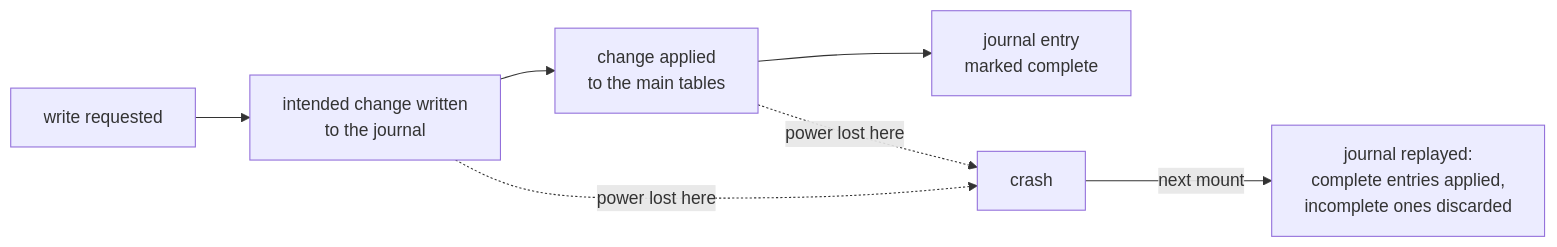
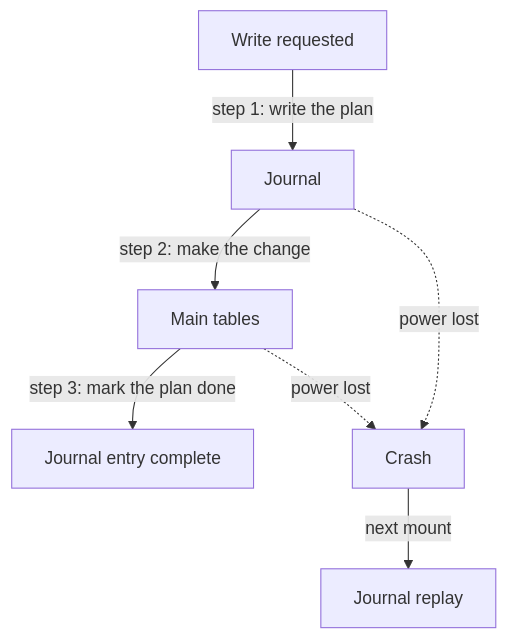
One commit to astrona-io/ATS004 changed the first of 2 diagrams in sections/section-010/module-04/course-01-fsck-repair-model.md. Above: the diagram before and after it, drawn with Mermaid. The commit also changed other lines of this file and 287 other files, not shown here.

````diff
--- a/sections/section-010/module-04/course-01-fsck-repair-model.md
+++ b/sections/section-010/module-04/course-01-fsck-repair-model.md
@@ -21,9 +43,9 @@
 ```mermaid
-flowchart LR
-    W["write requested"] --> J["intended change written<br/>to the journal"]
-    J --> M["change applied<br/>to the main tables"]
-    M --> D["journal entry<br/>marked complete"]
-    J -.->|power lost here| R["crash"]
-    M -.->|power lost here| R
-    R -->|next mount| REPLAY["journal replayed:<br/>complete entries applied,<br/>incomplete ones discarded"]
+flowchart TB
+    W["Write requested"] -->|"step 1: write the plan"| J["Journal"]
+    J -->|"step 2: make the change"| M["Main tables"]
+    M -->|"step 3: mark the plan done"| D["Journal entry complete"]
+    J -.->|"power lost"| R["Crash"]
+    M -.->|"power lost"| R
+    R -->|"next mount"| P["Journal replay"]
 ```
````
